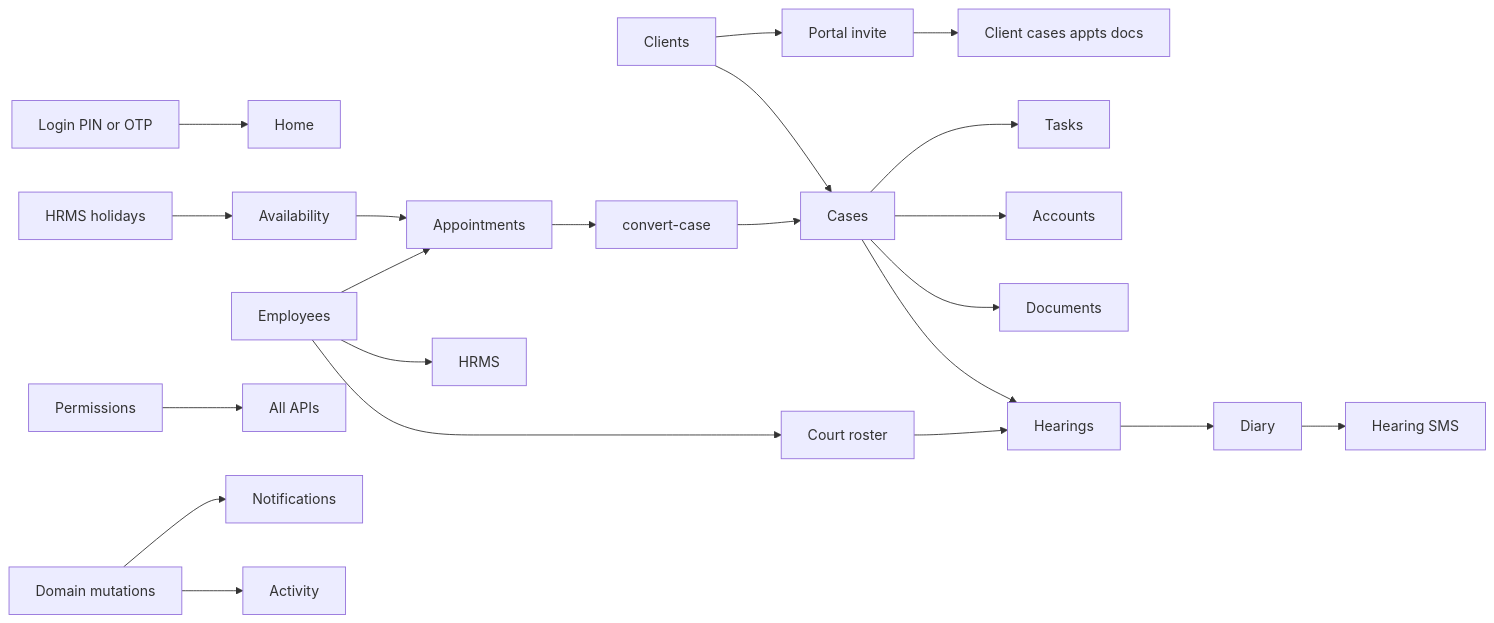
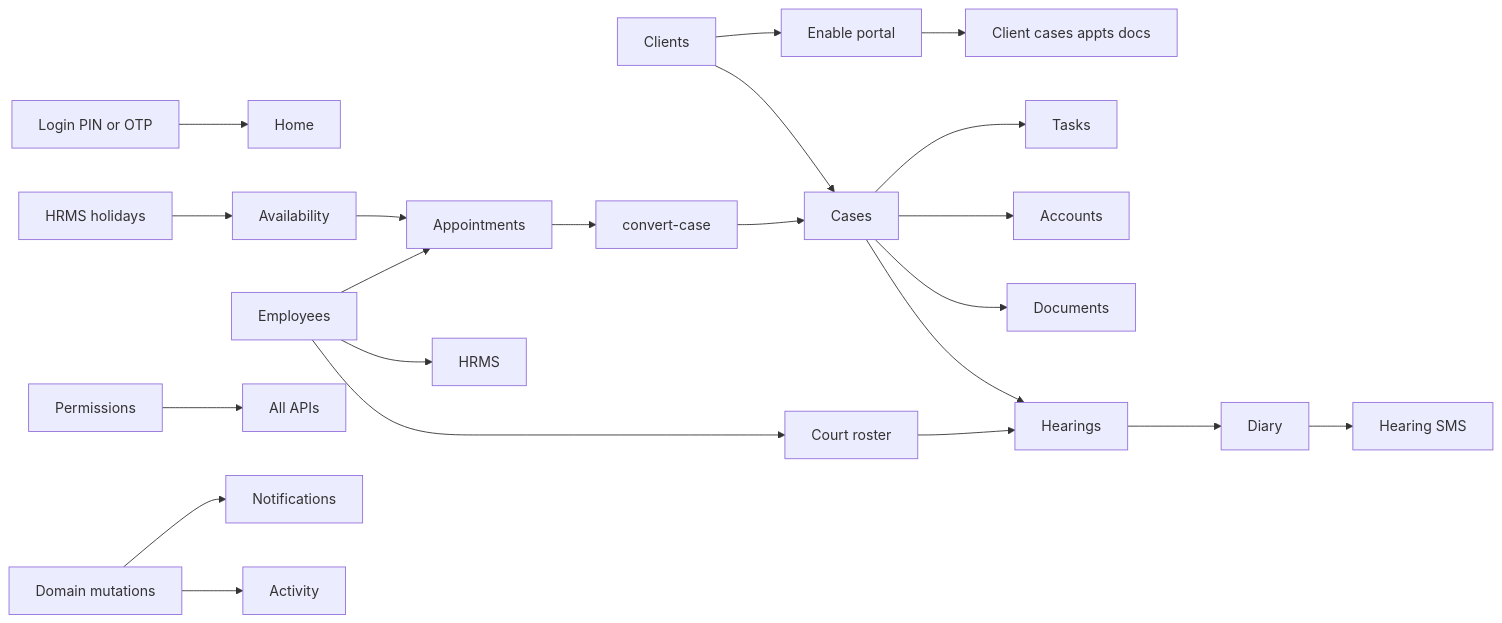
Diagram 21 of 21 in docs/site-architecture.md (psmpasupathi009/mlf), drawn with Mermaid before and after one commit. The commit also changed other lines of this file and 8 other files, not shown here.

````diff
--- a/docs/site-architecture.md
+++ b/docs/site-architecture.md
@@ -1397,24 +1398,24 @@
 ```mermaid
 flowchart LR
   login["Login PIN or OTP"] --> home["Home"]
   clients["Clients"] --> cases["Cases"]
   cases --> hearings["Hearings"]
   hearings --> diary["Diary"]
   diary --> sms["Hearing SMS"]
-  clients --> portal["Portal invite"]
+  clients --> portal["Enable portal"]
   portal --> clientUI["Client cases appts docs"]
   appts["Appointments"] --> convert["convert-case"]
   convert --> cases
   avail["Availability"] --> appts
   holidays["HRMS holidays"] --> avail
   roster["Court roster"] --> hearings
   cases --> docs["Documents"]
   cases --> fees["Accounts"]
   cases --> tasks["Tasks"]
   employees["Employees"] --> roster
   employees --> hrms["HRMS"]
   employees --> appts
   rbac["Permissions"] --> apis["All APIs"]
   domains["Domain mutations"] --> audit["Activity"]
   domains --> ntf["Notifications"]
 ```
````
